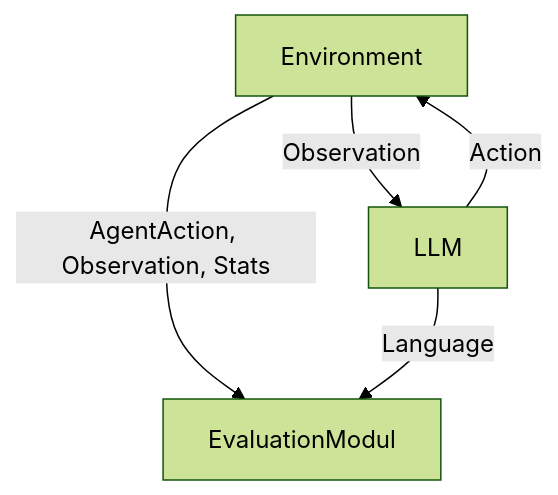
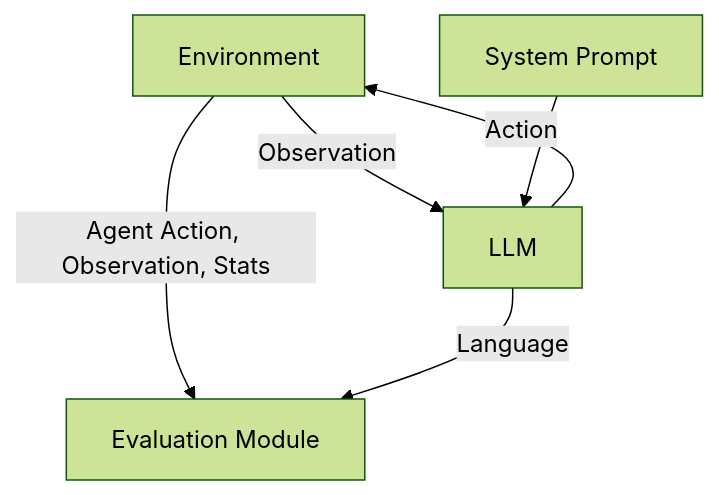
One commit to akvachan/SR-LLM changed the diagram in README.md. Above: the diagram before and after it, drawn with Mermaid (forest theme).

````diff
--- a/README.md
+++ b/README.md
@@ -4,7 +4,8 @@
 ```mermaid
 flowchart TD
     A[Environment] --> |Observation| B[LLM]
     B --> |Action| A
-    A --> |AgentAction, Observation, Stats| C[EvaluationModul]
+    A --> |Agent Action, Observation, Stats| C[Evaluation Module]
     B --> |Language| C
+    D[System Prompt] --> B
 ```
````
